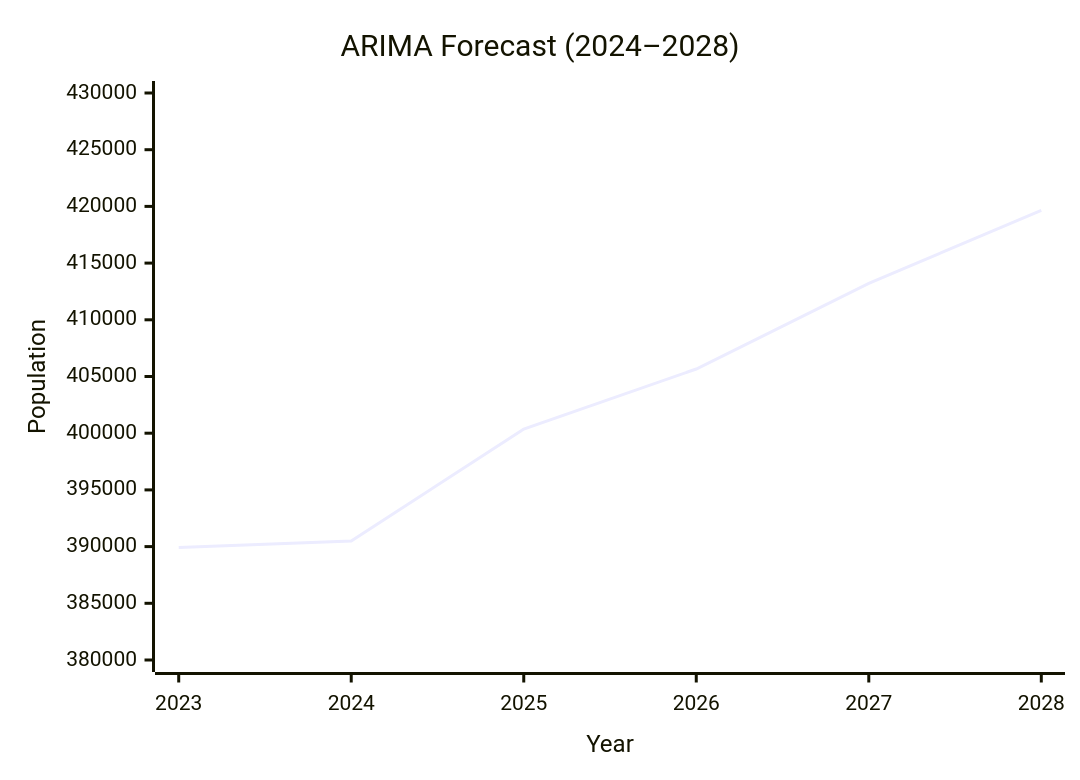
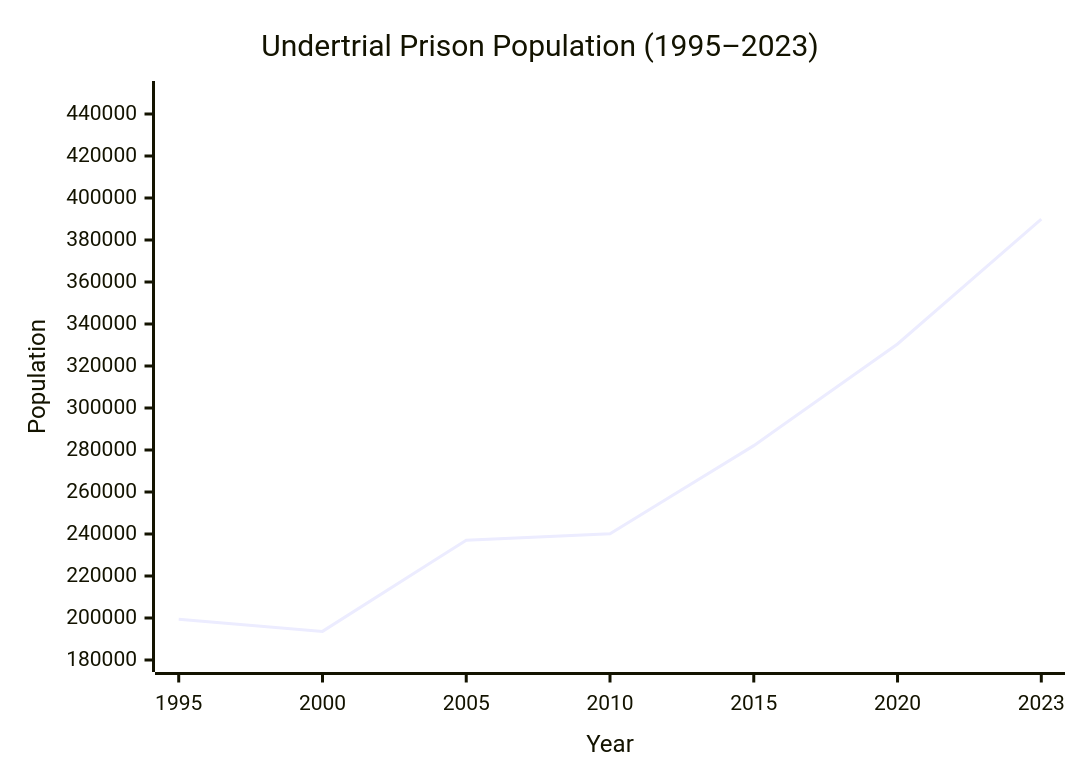
One commit to prakhar-quant/demo- changed the diagram in README.md. Above: the diagram before and after it, drawn with Mermaid. The commit also changed other lines of this file, not shown here.

````diff
--- a/README.md
+++ b/README.md
@@ -214,7 +6,7 @@
 ```mermaid
 xychart-beta
-    title "ARIMA Forecast (2024–2028)"
-    x-axis "Year" [2023, 2024, 2025, 2026, 2027, 2028]
-    y-axis "Population" 380000 --> 430000
-    line [389910, 390494, 400361, 405660, 413207, 419647]
+    title "Undertrial Prison Population (1995–2023)"
+    x-axis "Year" [1995, 2000, 2005, 2010, 2015, 2020, 2023]
+    y-axis "Population" 180000 --> 450000
+    line [199359, 193627, 237076, 240098, 282076, 330487, 389910]
 ```
````
